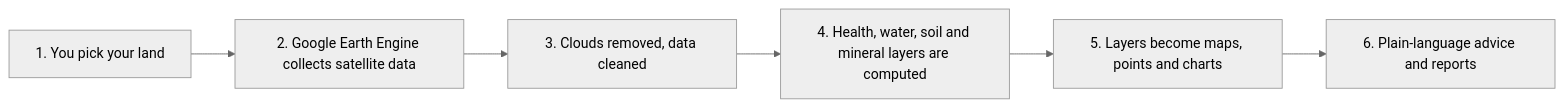
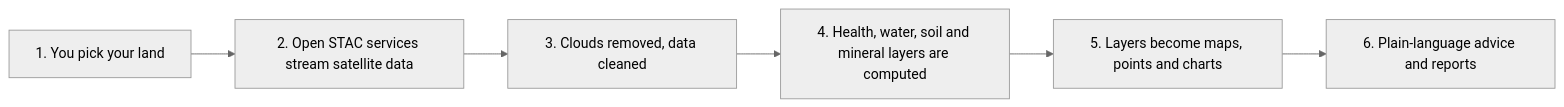
The first of 2 diagrams in README.md (virahitvin8/seva-gis), drawn with Mermaid (neutral theme) before and after one commit. The commit also changed other lines of this file, not shown here.

Commit message:
docs(readme): match verified reality - live sites show real status per domain with the GitHub Pages one-domain note, data path described as browser STAC/COG with optional backend, install and release sections no longer claim unpublished APK/EXE builds or offline PWA support

````diff
--- a/README.md
+++ b/README.md
@@ -56,8 +59,8 @@
 ```mermaid
 flowchart LR
-  A[1. You pick your land] --> B[2. Google Earth Engine collects satellite data]
+  A[1. You pick your land] --> B[2. Open STAC services stream satellite data]
   B --> C[3. Clouds removed, data cleaned]
   C --> D[4. Health, water, soil and mineral layers are computed]
   D --> E[5. Layers become maps, points and charts]
   E --> F[6. Plain-language advice and reports]
 ```
````
